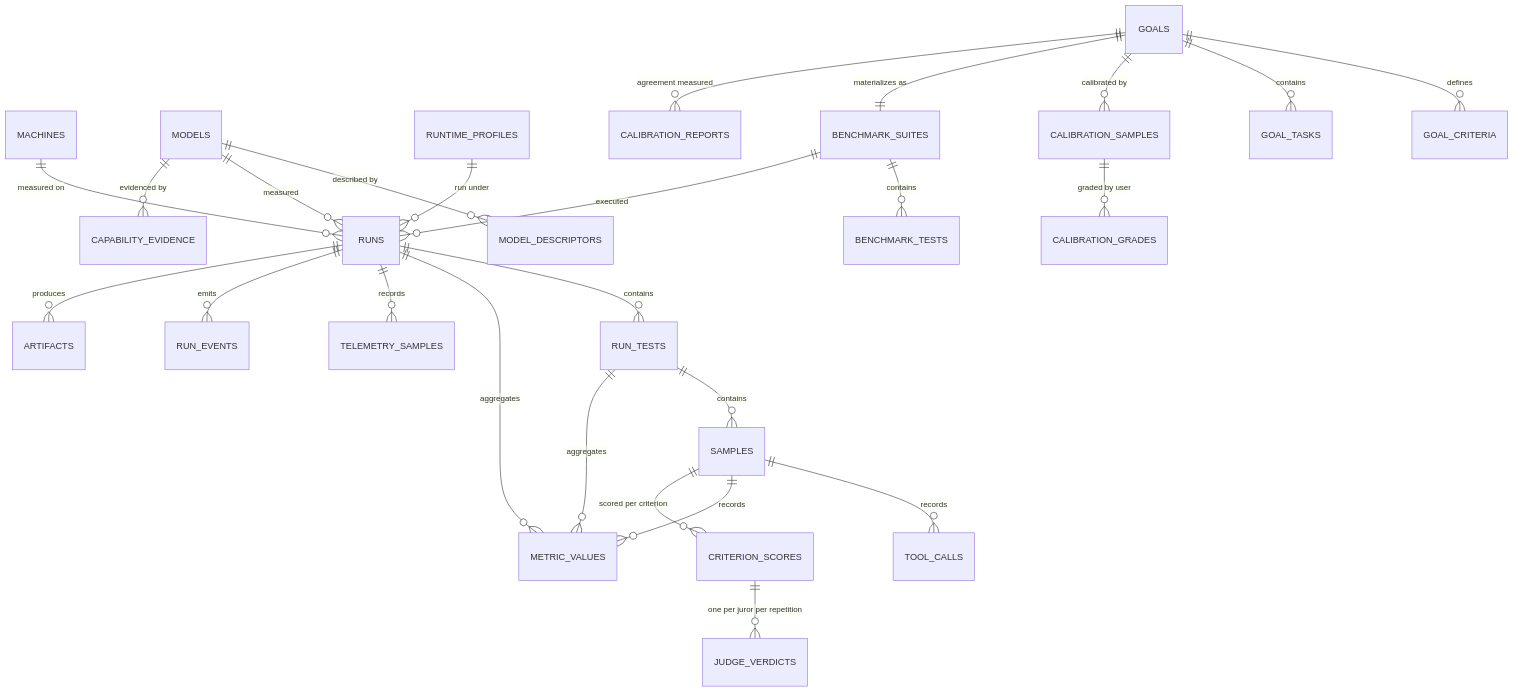
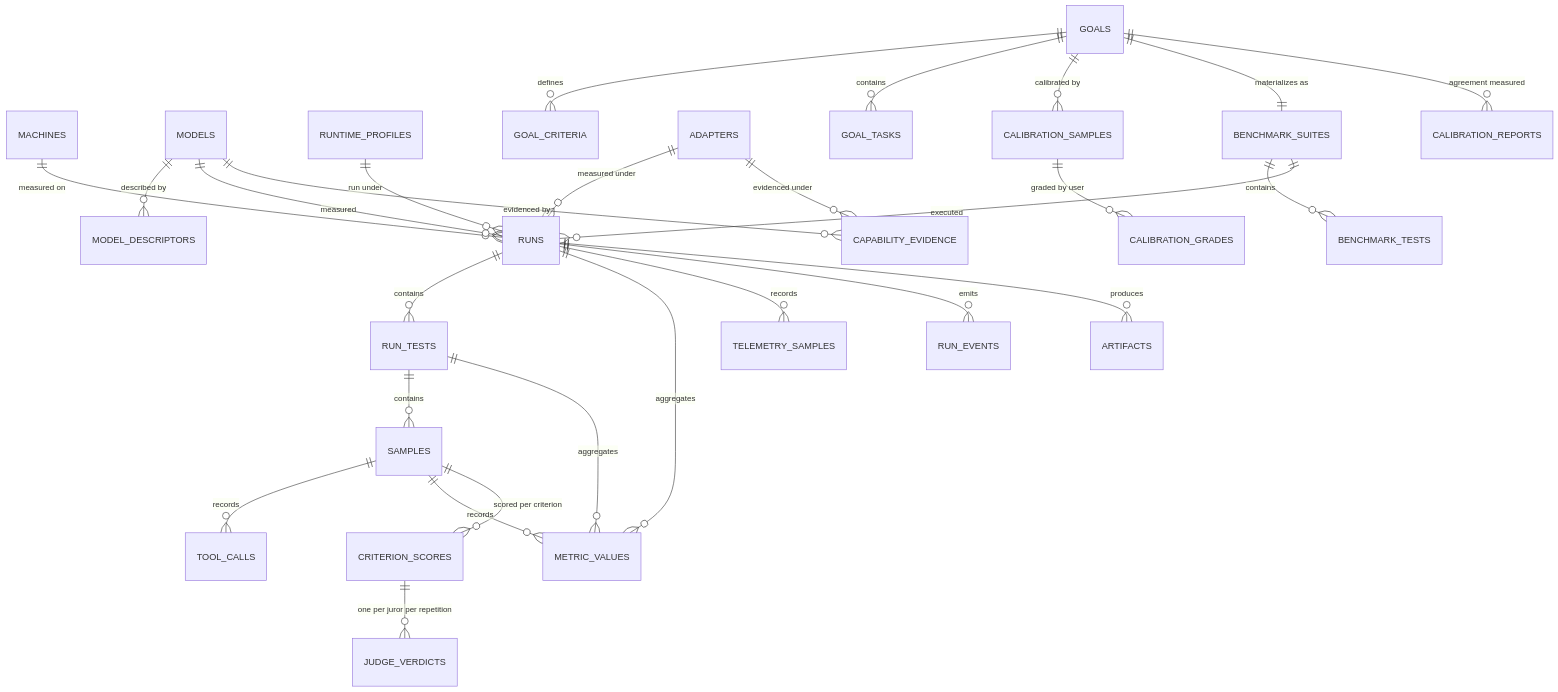
Before and after one commit to JPKell/FreeWeight: the first of 2 diagrams in docs/apps/freeweight/data-model.md, drawn with Mermaid. The commit also changed other lines of this file and 4 other files, not shown here.

````diff
--- a/docs/apps/freeweight/data-model.md
+++ b/docs/apps/freeweight/data-model.md
@@ -14,27 +14,29 @@
 ```mermaid
 erDiagram
     MACHINES        ||--o{ RUNS : "measured on"
     MODELS          ||--o{ MODEL_DESCRIPTORS : "described by"
     MODELS          ||--o{ RUNS : "measured"
     RUNTIME_PROFILES||--o{ RUNS : "run under"
     BENCHMARK_SUITES||--o{ BENCHMARK_TESTS : contains
     BENCHMARK_SUITES||--o{ RUNS : "executed"
     RUNS            ||--o{ RUN_TESTS : contains
     RUN_TESTS       ||--o{ SAMPLES : contains
     SAMPLES         ||--o{ TOOL_CALLS : records
     RUNS            ||--o{ METRIC_VALUES : aggregates
     RUN_TESTS       ||--o{ METRIC_VALUES : aggregates
     SAMPLES         ||--o{ METRIC_VALUES : records
     RUNS            ||--o{ TELEMETRY_SAMPLES : records
     RUNS            ||--o{ RUN_EVENTS : emits
     RUNS            ||--o{ ARTIFACTS : produces
     MODELS          ||--o{ CAPABILITY_EVIDENCE : "evidenced by"
+    ADAPTERS        ||--o{ RUNS : "measured under"
+    ADAPTERS        ||--o{ CAPABILITY_EVIDENCE : "evidenced under"
     GOALS           ||--o{ GOAL_CRITERIA : defines
     GOALS           ||--o{ GOAL_TASKS : contains
     GOALS           ||--o{ CALIBRATION_SAMPLES : "calibrated by"
     GOALS           ||--|| BENCHMARK_SUITES : "materializes as"
     CALIBRATION_SAMPLES ||--o{ CALIBRATION_GRADES : "graded by user"
     GOALS           ||--o{ CALIBRATION_REPORTS : "agreement measured"
     SAMPLES         ||--o{ CRITERION_SCORES : "scored per criterion"
     CRITERION_SCORES||--o{ JUDGE_VERDICTS : "one per juror per repetition"
 ```
````
